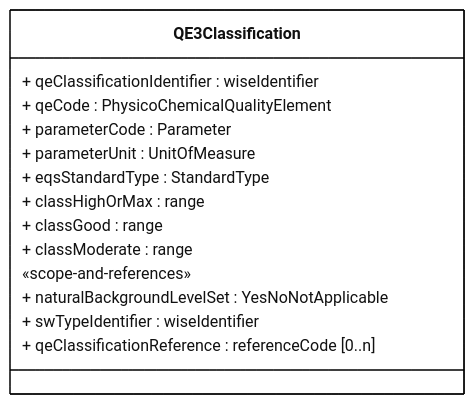
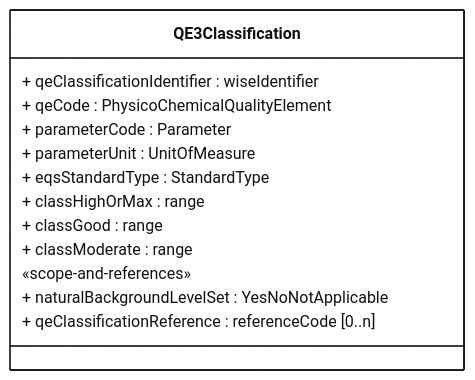
One commit to eeadata/WISE.WFD.Documentation changed the diagram in docs/DataModelReview/mmd/SurfaceWaterMethodologies_4thCycle_QE3Classification_ClassDiagram.mmd. Above: the diagram before and after it, drawn with Mermaid.

Commit message:
Remove swTypeIdentifier from class diagram

```diff
--- a/docs/DataModelReview/mmd/SurfaceWaterMethodologies_4thCycle_QE3Classification_ClassDiagram.mmd
+++ b/docs/DataModelReview/mmd/SurfaceWaterMethodologies_4thCycle_QE3Classification_ClassDiagram.mmd
@@ -1,30 +1,29 @@
 ---
 config:
   class:
     hideEmptyMembersBox: true
   layout: dagre
   theme: neutral
 ---
 classDiagram
 direction LR
 
 class QE3Classification{
 + qeClassificationIdentifier : wiseIdentifier
 + qeCode : PhysicoChemicalQualityElement
 + parameterCode : Parameter
 + parameterUnit : UnitOfMeasure
 + eqsStandardType : StandardType
 + classHighOrMax : range
 + classGood : range
 + classModerate : range
 
 «scope-and-references»
 + naturalBackgroundLevelSet : YesNoNotApplicable
-+ swTypeIdentifier : wiseIdentifier
 + qeClassificationReference : referenceCode [0..n]
 }
 
 
 classDef default fill:white,stroke:#000;
 classDef forFixing fill:white,stroke:#f00;
 classDef partial fill:lightyellow,stroke:#000;
```
